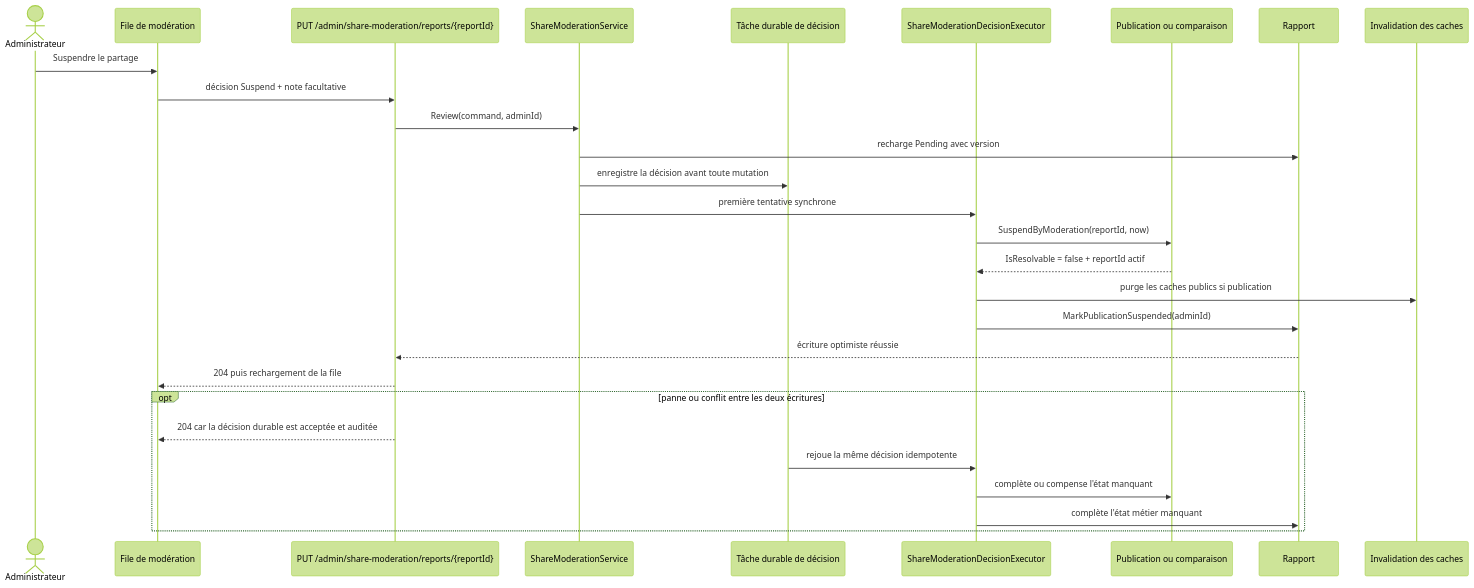
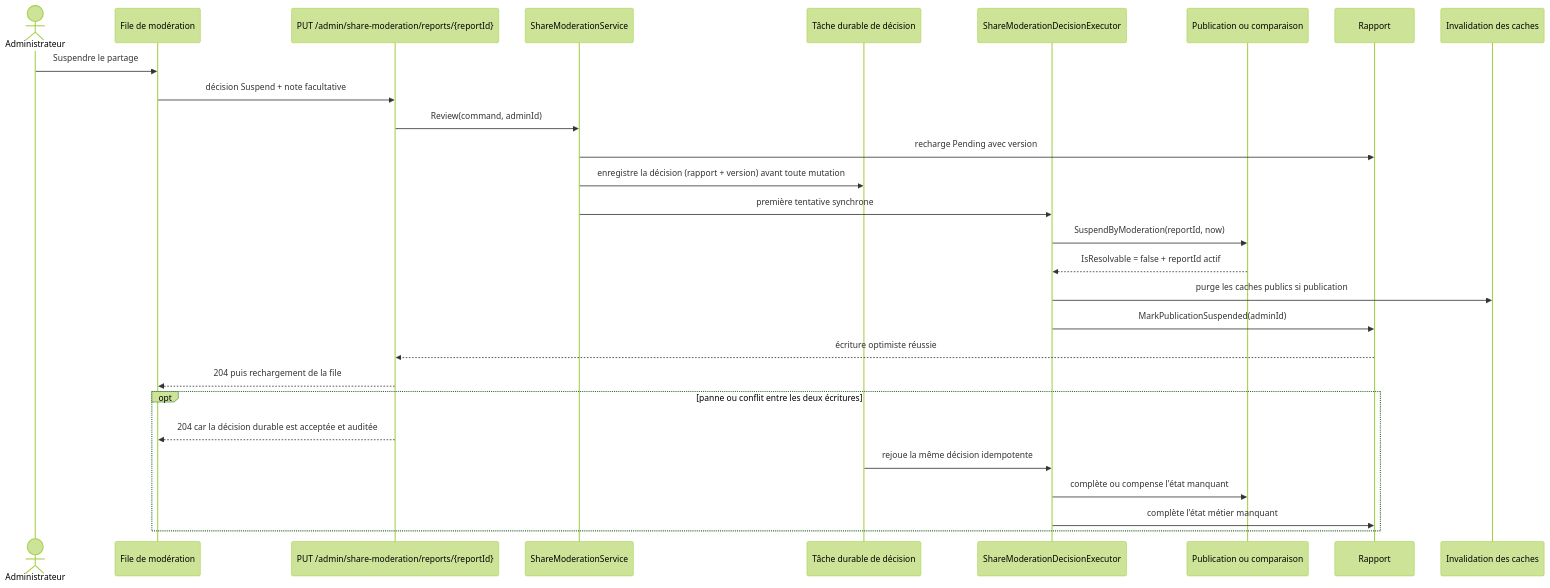
One commit to Ced59/AmusementParkProject changed the third of 4 diagrams in docs/architecture/product-growth-share-13-public-share-moderation-2026-09-13.md. Above: the diagram before and after it, drawn with Mermaid (forest theme). The commit also changed other lines of this file and 5 other files, not shown here.

````diff
--- a/docs/architecture/product-growth-share-13-public-share-moderation-2026-09-13.md
+++ b/docs/architecture/product-growth-share-13-public-share-moderation-2026-09-13.md
@@ -117,31 +117,31 @@
 ```mermaid
 sequenceDiagram
   actor A as Administrateur
   participant UI as File de modération
   participant API as PUT /admin/share-moderation/reports/{reportId}
   participant S as ShareModerationService
   participant J as Tâche durable de décision
   participant E as ShareModerationDecisionExecutor
   participant T as Publication ou comparaison
   participant R as Rapport
   participant C as Invalidation des caches
 
   A->>UI: Suspendre le partage
   UI->>API: décision Suspend + note facultative
   API->>S: Review(command, adminId)
   S->>R: recharge Pending avec version
-  S->>J: enregistre la décision avant toute mutation
+  S->>J: enregistre la décision (rapport + version) avant toute mutation
   S->>E: première tentative synchrone
   E->>T: SuspendByModeration(reportId, now)
   T-->>E: IsResolvable = false + reportId actif
   E->>C: purge les caches publics si publication
   E->>R: MarkPublicationSuspended(adminId)
   R-->>API: écriture optimiste réussie
   API-->>UI: 204 puis rechargement de la file
   opt panne ou conflit entre les deux écritures
     API-->>UI: 204 car la décision durable est acceptée et auditée
     J->>E: rejoue la même décision idempotente
     E->>T: complète ou compense l'état manquant
     E->>R: complète l'état métier manquant
   end
 ```
````
